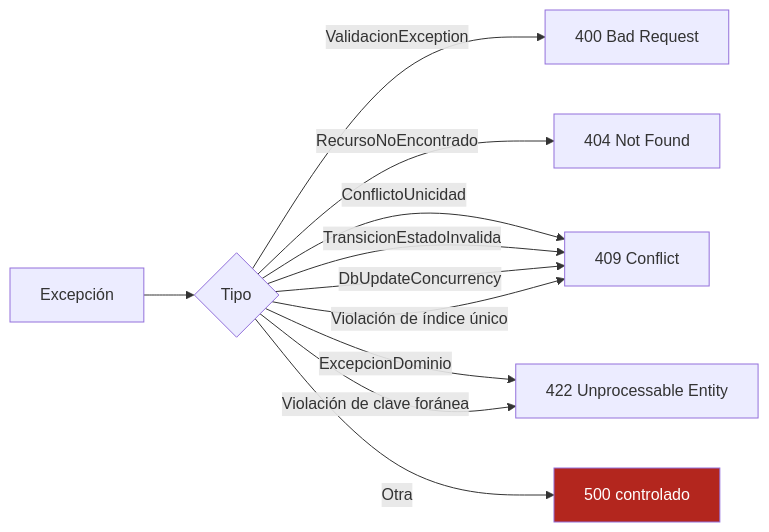
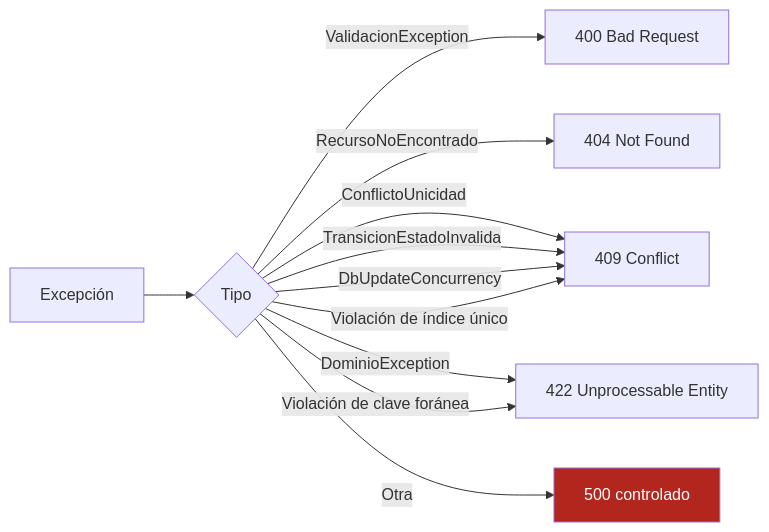
Before and after one commit to wesman-solera/sistema-gestion-licitaciones-xp: the third of 3 diagrams in docs/arquitectura-general.md, drawn with Mermaid. The commit also changed 11 other files, not shown here.

````diff
--- a/docs/arquitectura-general.md
+++ b/docs/arquitectura-general.md
@@ -196,15 +196,15 @@
 ```mermaid
 graph LR
     A[Excepción] --> B{Tipo}
     B -->|ValidacionException| C[400 Bad Request]
     B -->|RecursoNoEncontrado| D[404 Not Found]
     B -->|ConflictoUnicidad| E[409 Conflict]
     B -->|TransicionEstadoInvalida| E
     B -->|DbUpdateConcurrency| E
-    B -->|ExcepcionDominio| F[422 Unprocessable Entity]
+    B -->|DominioException| F[422 Unprocessable Entity]
     B -->|Violación de índice único| E
     B -->|Violación de clave foránea| F
     B -->|Otra| G[500 controlado]
 
     style G fill:#b3261e,color:#ffffff
 ```
````
